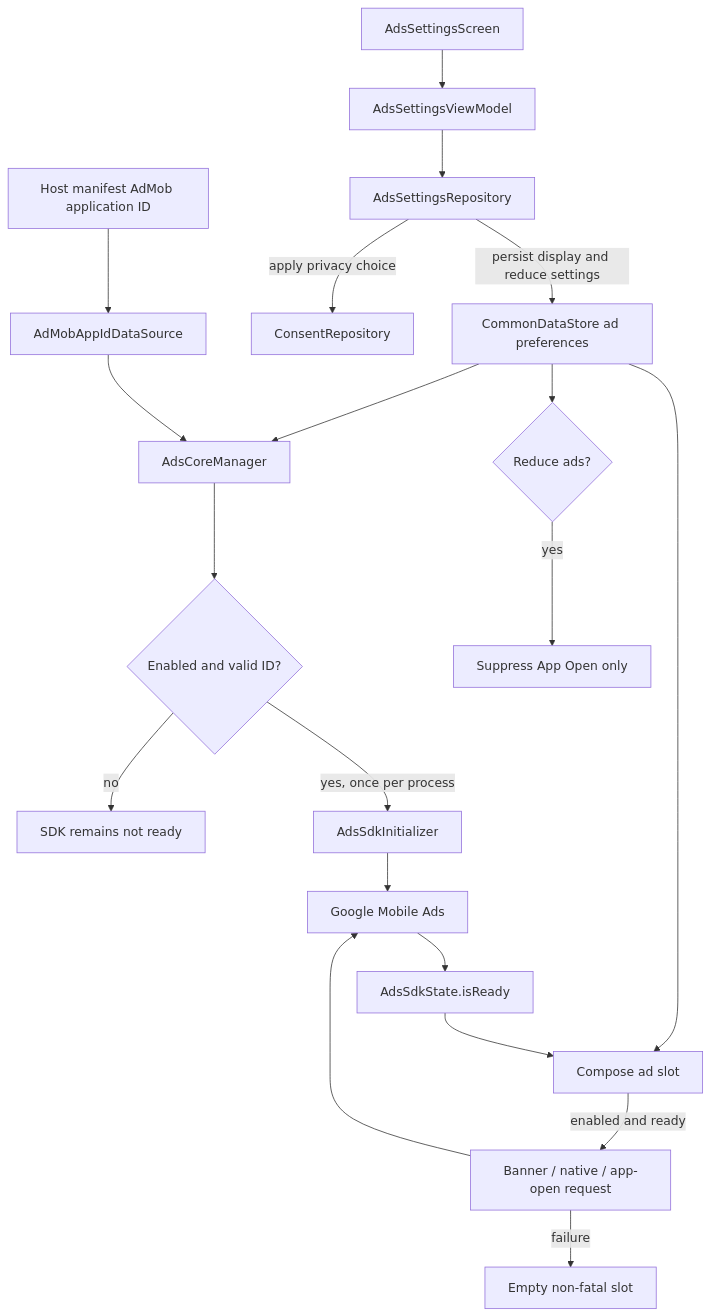
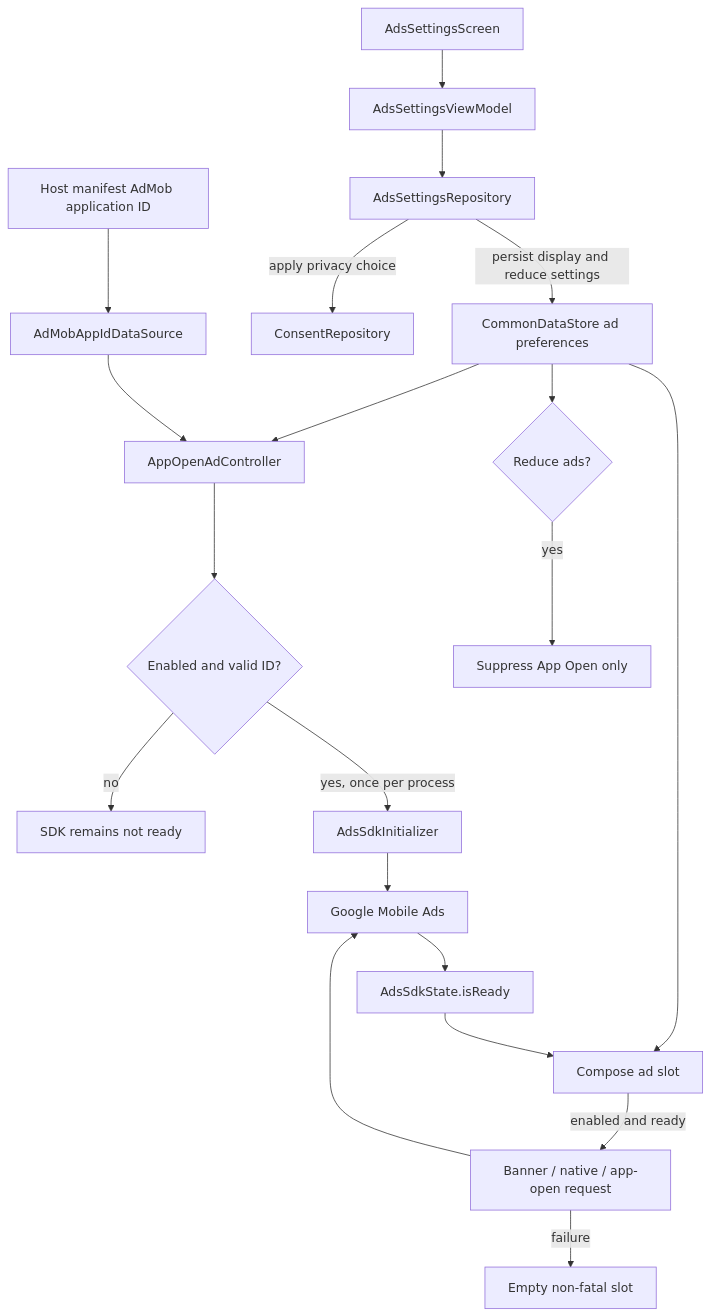
Before and after one commit to MihaiCristianCondrea/App-Toolkit-for-Android: the diagram in library/integration/ads/README.md, drawn with Mermaid. The commit also changed other lines of this file and 210 other files, not shown here.

````diff
--- a/library/integration/ads/README.md
+++ b/library/integration/ads/README.md
@@ -42,22 +42,22 @@
 ```mermaid
 flowchart TD
     Settings[AdsSettingsScreen] --> VM[AdsSettingsViewModel]
     VM --> Repo[AdsSettingsRepository]
     Repo -->|persist display and reduce settings| Store[CommonDataStore ad preferences]
     Repo -->|apply privacy choice| Consent[ConsentRepository]
-    Store --> Manager[AdsCoreManager]
+    Store --> Manager[AppOpenAdController]
     Manifest[Host manifest AdMob application ID] --> Id[AdMobAppIdDataSource]
     Id --> Manager
     Manager --> Gate{Enabled and valid ID?}
     Gate -->|no| Disabled[SDK remains not ready]
     Gate -->|yes, once per process| Initializer[AdsSdkInitializer]
     Initializer --> SDK[Google Mobile Ads]
     SDK --> Ready[AdsSdkState.isReady]
     Store --> Slot[Compose ad slot]
     Ready --> Slot
     Slot -->|enabled and ready| Request[Banner / native / app-open request]
     Request --> SDK
     Request -->|failure| Empty[Empty non-fatal slot]
     Store --> Reduce{Reduce ads?}
     Reduce -->|yes| Suppress[Suppress App Open only]
 ```
````
